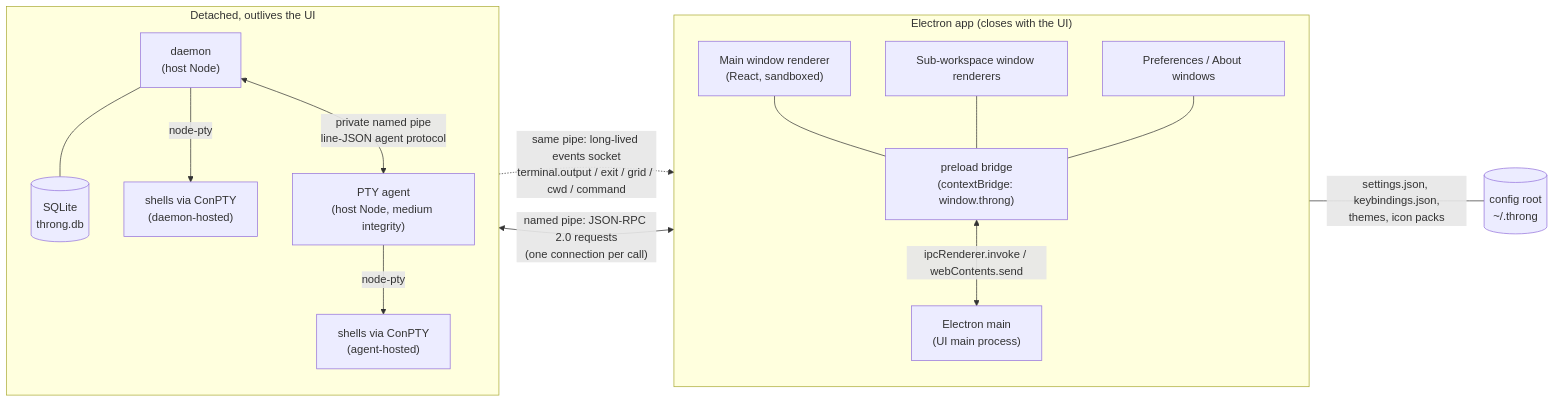
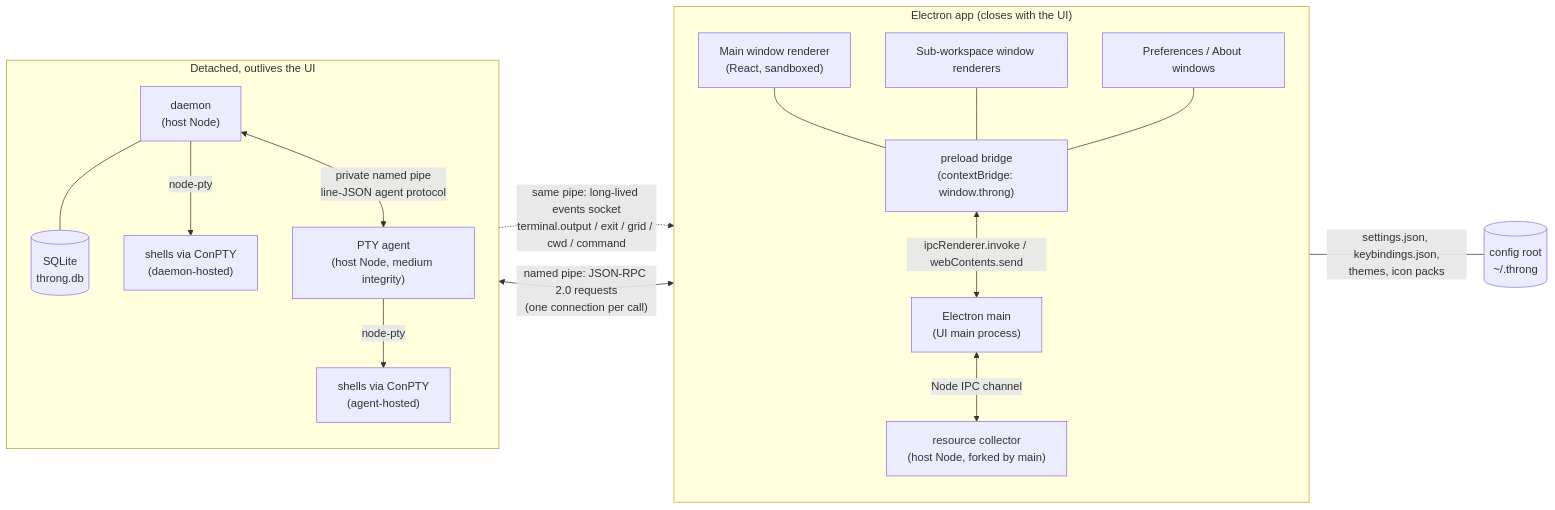
One commit to Bidthedog/throng changed the first of 8 diagrams in docs/architecture.md. Above: the diagram before and after it, drawn with Mermaid. The commit also changed other lines of this file and 6 other files, not shown here.

````diff
--- a/docs/architecture.md
+++ b/docs/architecture.md
@@ -35,32 +35,34 @@
 ```mermaid
 flowchart LR
   subgraph electron["Electron app (closes with the UI)"]
     direction TB
     R1["Main window renderer<br/>(React, sandboxed)"]
     R2["Sub-workspace window renderers"]
     R3["Preferences / About windows"]
     PL["preload bridge<br/>(contextBridge: window.throng)"]
     M["Electron main<br/>(UI main process)"]
+    RC["resource collector<br/>(host Node, forked by main)"]
+    M <-->|"Node IPC channel"| RC
     R1 --- PL
     R2 --- PL
     R3 --- PL
     PL <-->|"ipcRenderer.invoke / webContents.send"| M
   end
 
   subgraph background["Detached, outlives the UI"]
     direction TB
     D["daemon<br/>(host Node)"]
     DB[("SQLite<br/>throng.db")]
     A["PTY agent<br/>(host Node, medium integrity)"]
     S1["shells via ConPTY<br/>(daemon-hosted)"]
     S2["shells via ConPTY<br/>(agent-hosted)"]
     D --- DB
     D -->|"node-pty"| S1
     A -->|"node-pty"| S2
   end
 
   M <-->|"named pipe: JSON-RPC 2.0 requests<br/>(one connection per call)"| D
   D -.->|"same pipe: long-lived events socket<br/>terminal.output / exit / grid / cwd / command"| M
   D <-->|"private named pipe<br/>line-JSON agent protocol"| A
   M ---|"settings.json, keybindings.json,<br/>themes, icon packs"| CFG[("config root<br/>~/.throng")]
 ```
````
